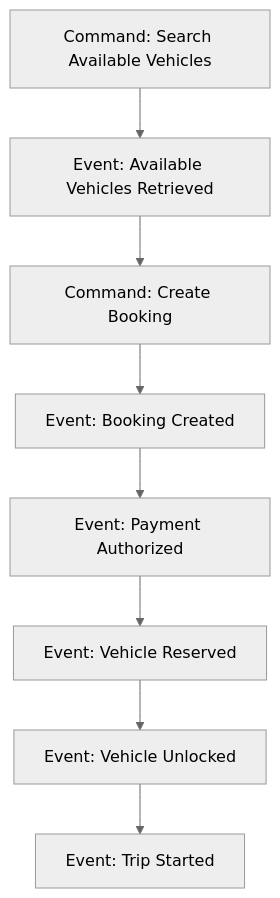
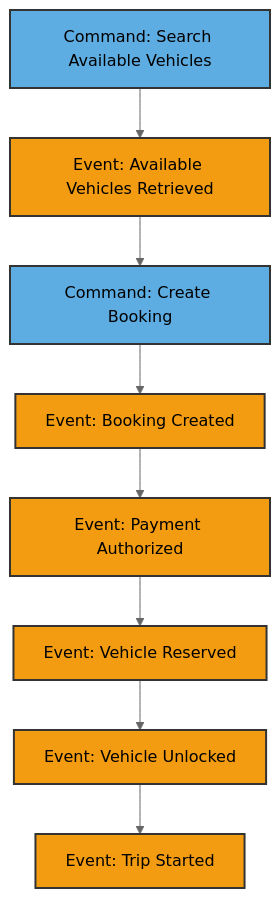
The third of 10 diagrams in EVENT_STORMING.md (SumoSumir/kata-na), drawn with Mermaid (neutral theme) before and after one commit. The commit also changed other lines of this file and 4 other files, not shown here.

````diff
--- a/EVENT_STORMING.md
+++ b/EVENT_STORMING.md
@@ -47,10 +86,19 @@
 ```mermaid
 graph TD
     CMD1[Command: Search Available Vehicles] --> E1[Event: Available Vehicles Retrieved]
     E1 --> CMD2[Command: Create Booking]
     CMD2 --> E2[Event: Booking Created]
     E2 --> E3[Event: Payment Authorized]
     E3 --> E4[Event: Vehicle Reserved]
     E4 --> E5[Event: Vehicle Unlocked]
     E5 --> E6[Event: Trip Started]
+    
+    style CMD1 fill:#5DADE2,stroke:#333,stroke-width:2px,color:#000
+    style CMD2 fill:#5DADE2,stroke:#333,stroke-width:2px,color:#000
+    style E1 fill:#F39C12,stroke:#333,stroke-width:2px,color:#000
+    style E2 fill:#F39C12,stroke:#333,stroke-width:2px,color:#000
+    style E3 fill:#F39C12,stroke:#333,stroke-width:2px,color:#000
+    style E4 fill:#F39C12,stroke:#333,stroke-width:2px,color:#000
+    style E5 fill:#F39C12,stroke:#333,stroke-width:2px,color:#000
+    style E6 fill:#F39C12,stroke:#333,stroke-width:2px,color:#000
 ```
````
